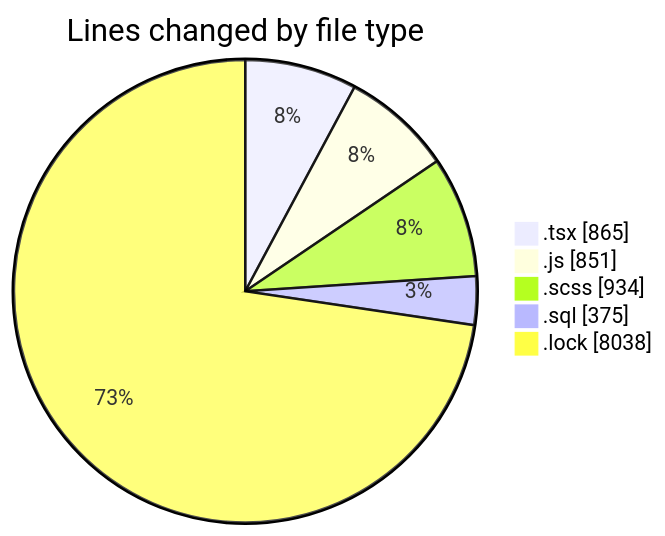
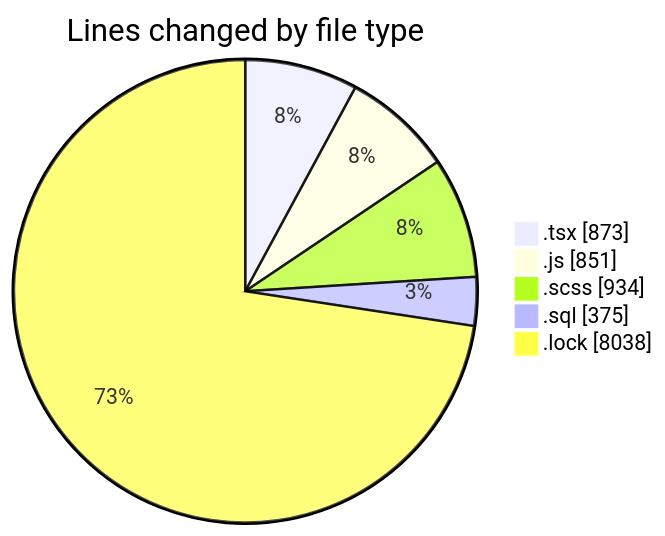
The first of 2 diagrams in 2025-03-18/cda/README.md (momahboobian/code-tracking), drawn with Mermaid before and after one commit. The commit also changed other lines of this file and 1 other file, not shown here.

````diff
--- a/2025-03-18/cda/README.md
+++ b/2025-03-18/cda/README.md
@@ -30,9 +30,9 @@
 ```mermaid
 pie showData
 title Lines changed by file type
-".tsx" : 865
+".tsx" : 873
 ".js" : 851
 ".scss" : 934
 ".sql" : 375
 ".lock" : 8038
 ```
````
